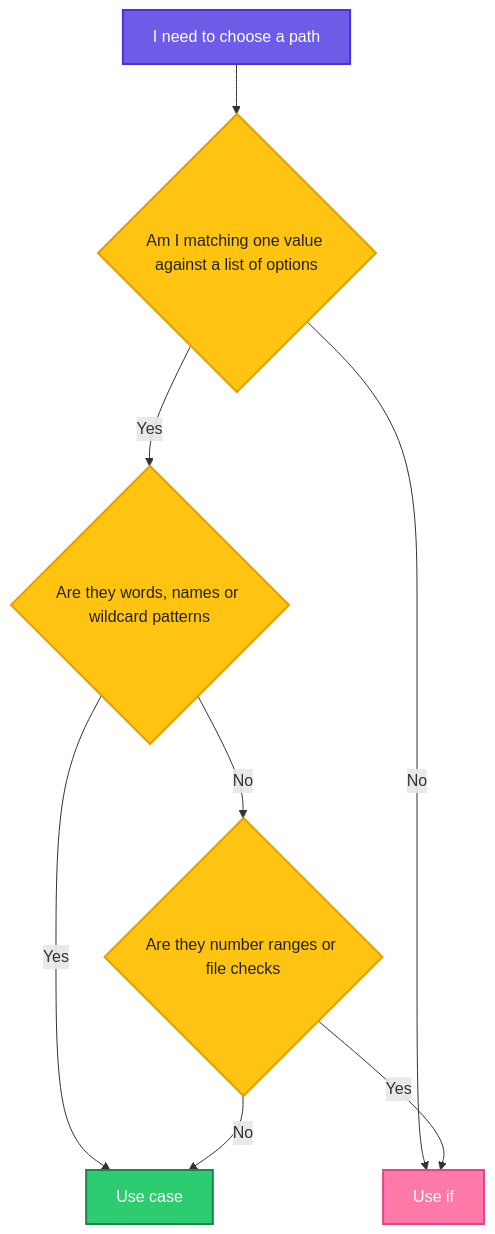
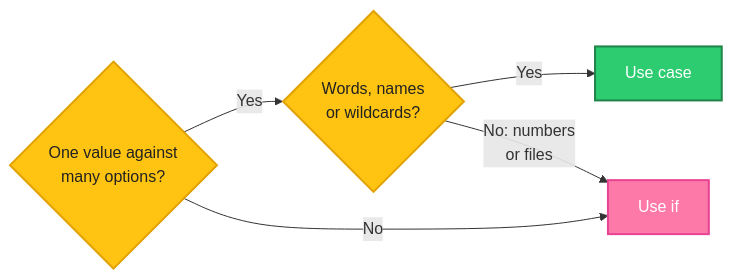
Before and after one commit to codeKerdosTech/DevOps-Documentation: the second of 2 diagrams in shell-script/07-case-statements.md, drawn with Mermaid. The commit also changed other lines of this file and 10 other files, not shown here.

````diff
--- a/shell-script/07-case-statements.md
+++ b/shell-script/07-case-statements.md
@@ -549,18 +548,17 @@
 ```mermaid
-flowchart TD
-    A["I need to choose a path"] --> B{"Am I matching one value against a list of options"}
-    B -- Yes --> C{"Are they words, names or wildcard patterns"}
-    B -- No --> F["Use if"]
-    C -- Yes --> D["Use case"]
-    C -- No --> E{"Are they number ranges or file checks"}
-    E -- Yes --> F
-    E -- No --> D
+%%{init: {"flowchart": {"nodeSpacing": 30, "rankSpacing": 40}}}%%
+flowchart LR
+    A{"One value against<br/>many options?"}
+    A -- Yes --> B{"Words, names<br/>or wildcards?"}
+    A -- No --> I["Use if"]
+    B -- Yes --> K["Use case"]
+    B -- No: numbers<br/>or files --> I
     classDef start fill:#6C5CE7,stroke:#4834D4,stroke-width:2px,color:#fff
+    classDef proc fill:#00B8D9,stroke:#0087A8,stroke-width:2px,color:#fff
     classDef dec fill:#FFC312,stroke:#E1A100,stroke-width:2px,color:#222
     classDef ok fill:#2ECC71,stroke:#1E8449,stroke-width:2px,color:#fff
     classDef out fill:#FD79A8,stroke:#E84393,stroke-width:2px,color:#fff
-    class A start
-    class B,C,E dec
-    class D ok
-    class F out
+    class A,B dec
+    class K ok
+    class I out
 ```
````
